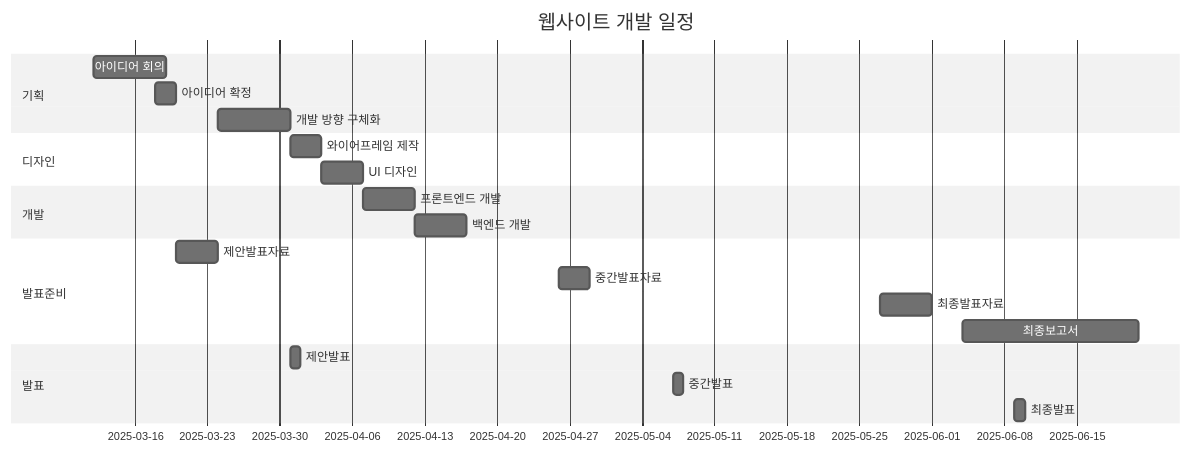
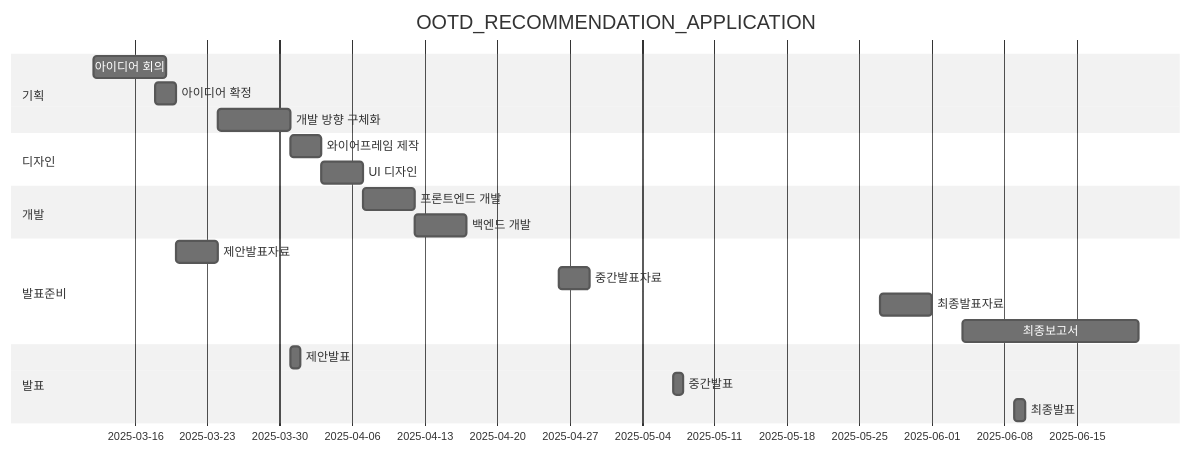
One commit to Introduction-to-Engineering-Design-13/LOR changed the diagram in project-plan.md. Above: the diagram before and after it, drawn with Mermaid (neutral theme).

````diff
--- a/project-plan.md
+++ b/project-plan.md
@@ -1,30 +1,31 @@
 ```mermaid
 gantt
-    title 웹사이트 개발 일정
+    title OOTD_RECOMMENDATION_APPLICATION
+
     dateFormat  YYYY-MM-DD
 
     section 기획
     아이디어 회의      :a1, 2025-03-12, 7d
     아이디어 확정      :a2, 2025-03-18, 2d
     개발 방향 구체화    :a3, after d1, 7d
 
     section 디자인
     와이어프레임 제작   :b1, after a3, 3d
     UI 디자인           :b2, after b1, 4d
     
     section 개발
     프론트엔드 개발     :c1, after b2, 5d
     백엔드 개발         :c2, after c1, 5d
 
     section 발표준비
     제안발표자료        :d1,    after a2,      4d
     중간발표자료        :d2,    2025-04-26,    3d
     최종발표자료        :d3,    2025-05-27,    5d
     최종보고서          :d4,    2025-06-04,    17d
 
     section 발표
     제안발표            :e1,    2025-03-31,    1d 
     중간발표            :e2,    2025-05-07,    1d
     최종발표            :e3,    2025-06-09,    1d
 
 ```
````
